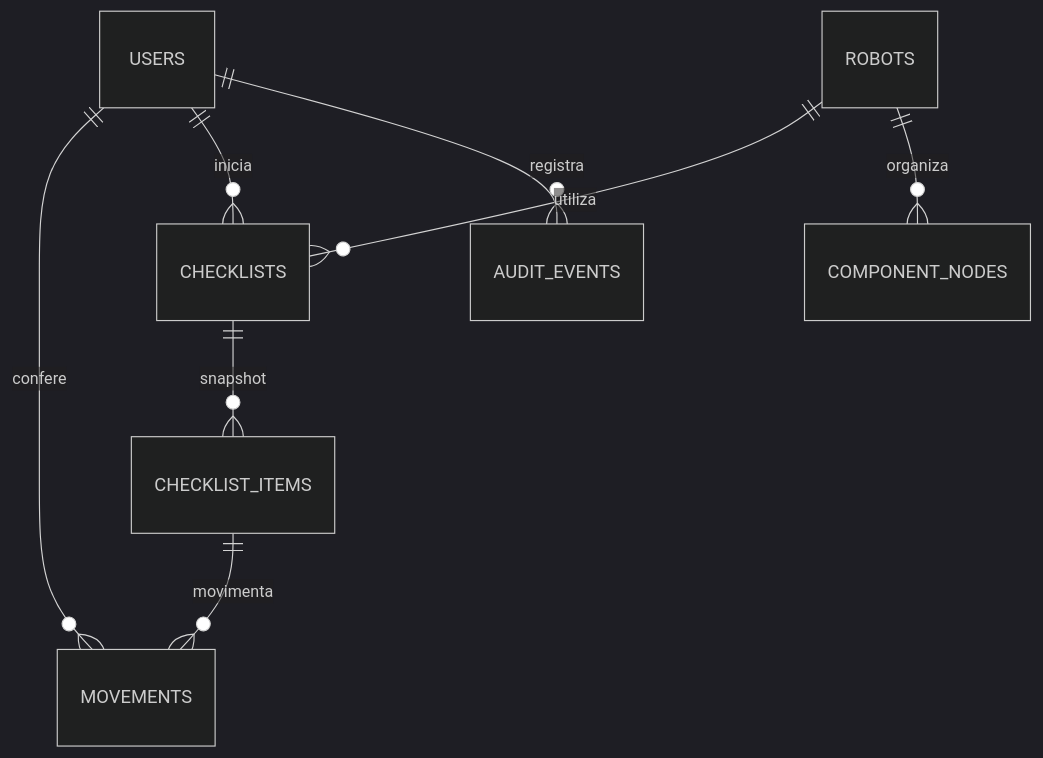
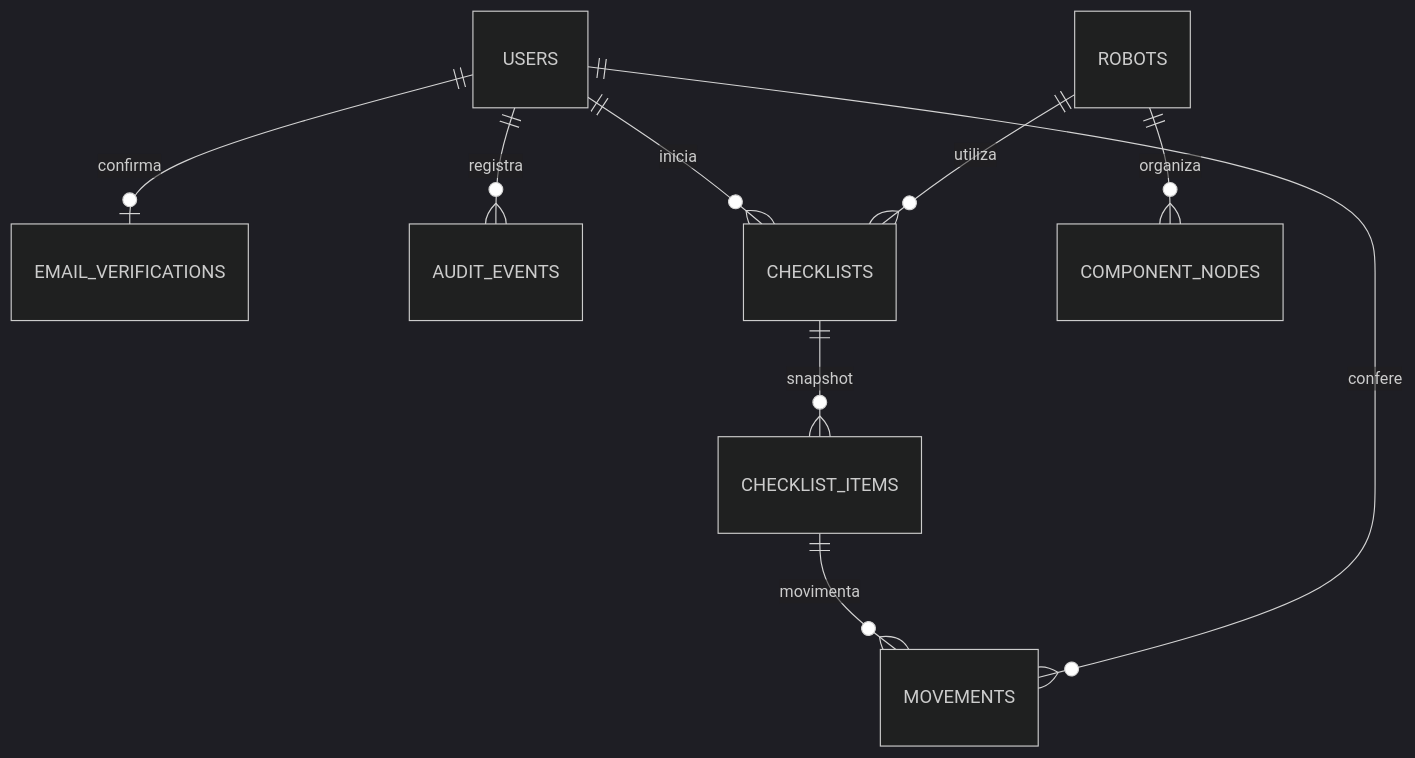
Before and after one commit to fidenciodev/roboparts: the diagram in docs/uso-e-modelo.md, drawn with Mermaid (dark theme). The commit also changed other lines of this file and 113 other files, not shown here.

````diff
--- a/docs/uso-e-modelo.md
+++ b/docs/uso-e-modelo.md
@@ -71,10 +83,11 @@
 ```mermaid
 erDiagram
+    USERS ||--o| EMAIL_VERIFICATIONS : confirma
     USERS ||--o{ AUDIT_EVENTS : registra
     USERS ||--o{ CHECKLISTS : inicia
     ROBOTS ||--o{ COMPONENT_NODES : organiza
     ROBOTS ||--o{ CHECKLISTS : utiliza
     CHECKLISTS ||--o{ CHECKLIST_ITEMS : snapshot
     CHECKLIST_ITEMS ||--o{ MOVEMENTS : movimenta
     USERS ||--o{ MOVEMENTS : confere
 ```
````
